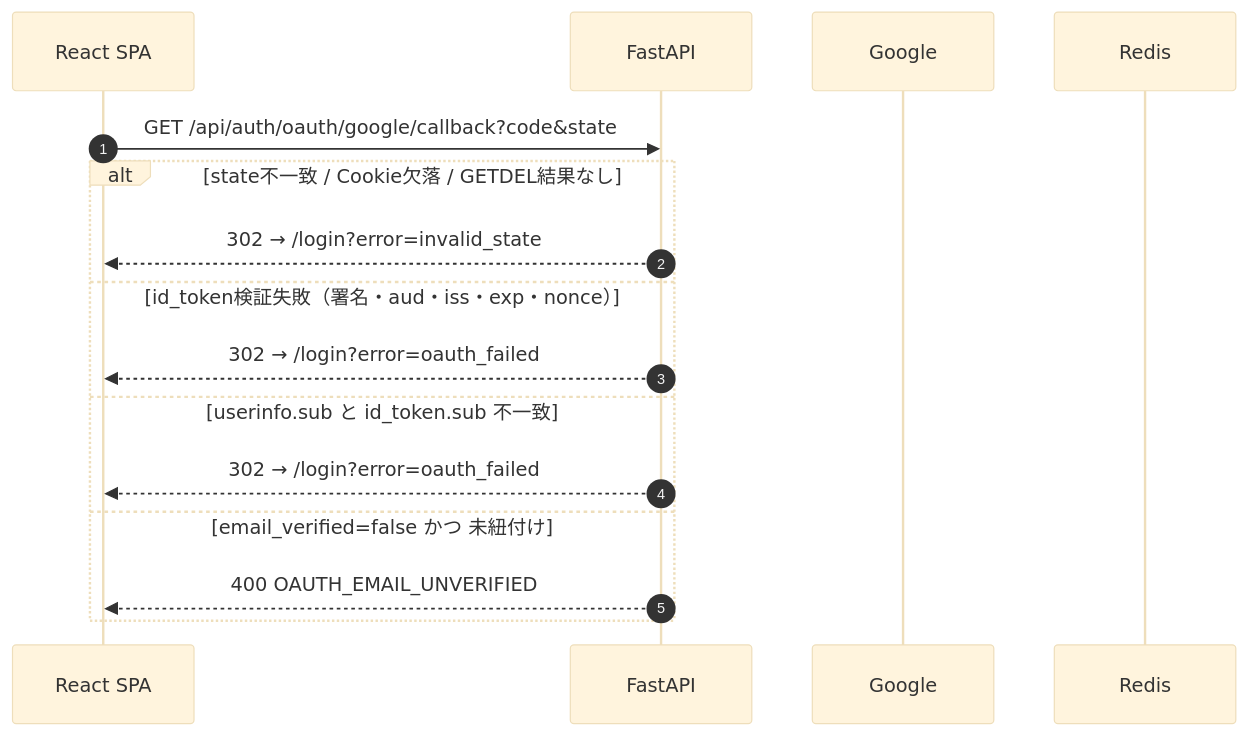
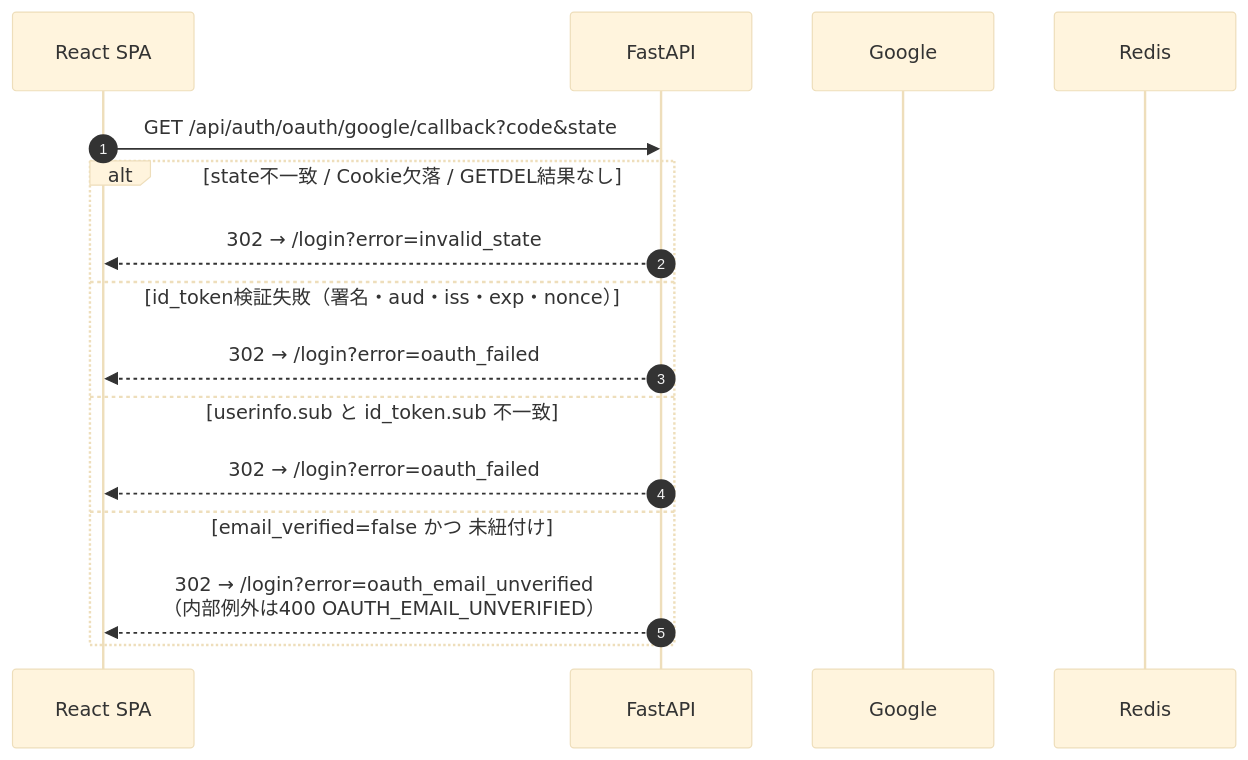
The second of 5 diagrams in docs/detailed_design/auth/04_google_oauth.md (oikawa-d/task_management), drawn with Mermaid (base theme) before and after one commit. The commit also changed 6 other files, not shown here.

````diff
--- a/docs/detailed_design/auth/04_google_oauth.md
+++ b/docs/detailed_design/auth/04_google_oauth.md
@@ -105,19 +105,19 @@
 ```mermaid
 sequenceDiagram
     autonumber
     participant FE as React SPA
     participant API as FastAPI
     participant G as Google
     participant RD as Redis
 
     FE->>API: GET /api/auth/oauth/google/callback?code&state
     alt state不一致 / Cookie欠落 / GETDEL結果なし
         API-->>FE: 302 → /login?error=invalid_state
     else id_token検証失敗（署名・aud・iss・exp・nonce）
         API-->>FE: 302 → /login?error=oauth_failed
     else userinfo.sub と id_token.sub 不一致
         API-->>FE: 302 → /login?error=oauth_failed
     else email_verified=false かつ 未紐付け
-        API-->>FE: 400 OAUTH_EMAIL_UNVERIFIED
+        API-->>FE: 302 → /login?error=oauth_email_unverified<br/>（内部例外は400 OAUTH_EMAIL_UNVERIFIED）
     end
 ```
````
